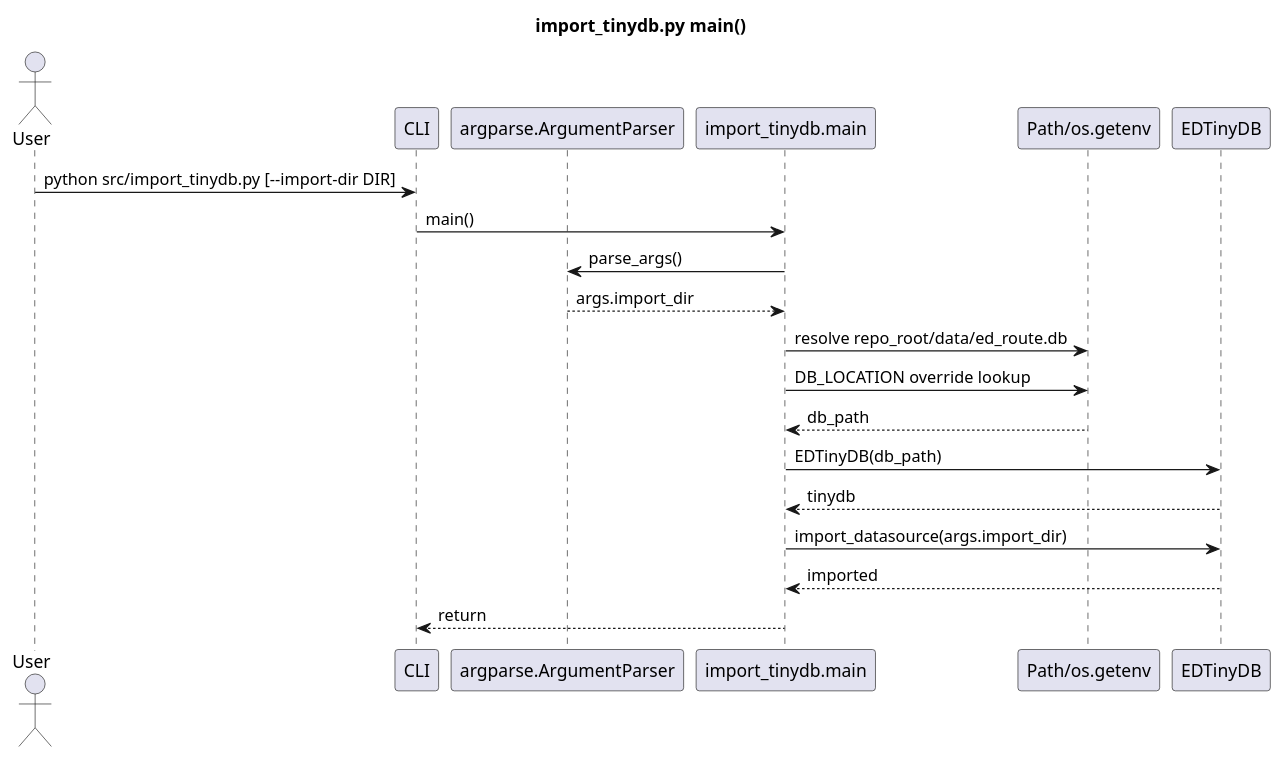
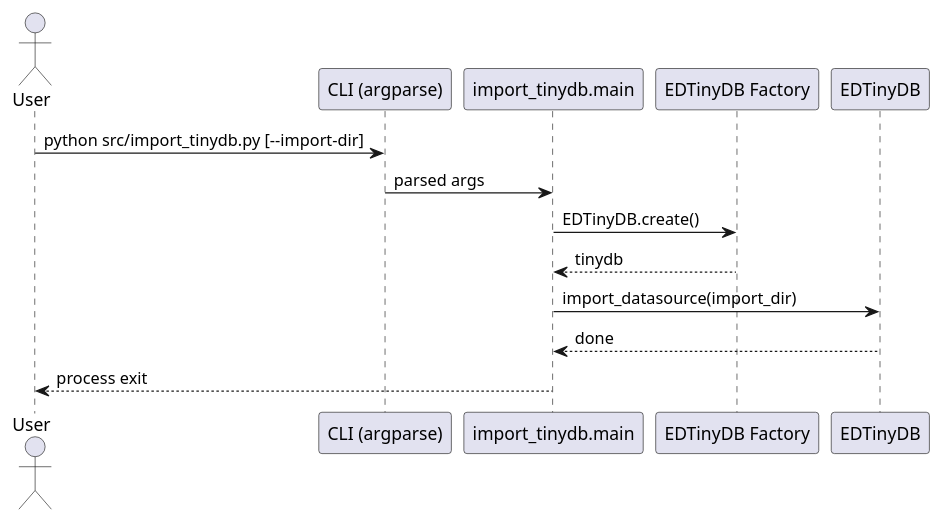
Before and after one commit to fazleskhan/elite_dangerous_discord_tools: the third of 4 diagrams in docs/datastore_transfer_sequences.puml, drawn with PlantUML. The commit also changed other lines of this file and 30 other files, not shown here.

Commit message:
updated code comments, README.md, and sequence diagrams. Added new sequence diagrams for the initialization of EDRouteService in both discord_bot.py and main.py. blacked the source

```diff
--- a/docs/datastore_transfer_sequences.puml
+++ b/docs/datastore_transfer_sequences.puml
@@ -41,23 +33,15 @@
-@startuml Import Tinydb Sequence Diagram
-title import_tinydb.py main()
-
+@startuml import_tinydb
 actor User
-participant "CLI" as CLI
-participant "argparse.ArgumentParser" as Parser
+participant "CLI (argparse)" as CLI
 participant "import_tinydb.main" as Main
-participant "Path/os.getenv" as Env
+participant "EDTinyDB Factory" as TinyFactory
 participant "EDTinyDB" as TinyDB
 
-User -> CLI: python src/import_tinydb.py [--import-dir DIR]
-CLI -> Main: main()
-Main -> Parser: parse_args()
-Parser --> Main: args.import_dir
-Main -> Env: resolve repo_root/data/ed_route.db
-Main -> Env: DB_LOCATION override lookup
-Env --> Main: db_path
-Main -> TinyDB: EDTinyDB(db_path)
-TinyDB --> Main: tinydb
-Main -> TinyDB: import_datasource(args.import_dir)
-TinyDB --> Main: imported
-Main --> CLI: return
+User -> CLI : python src/import_tinydb.py [--import-dir]
+CLI -> Main : parsed args
+Main -> TinyFactory : EDTinyDB.create()
+TinyFactory --> Main : tinydb
+Main -> TinyDB : import_datasource(import_dir)
+TinyDB --> Main : done
+Main --> User : process exit
 @enduml
```
